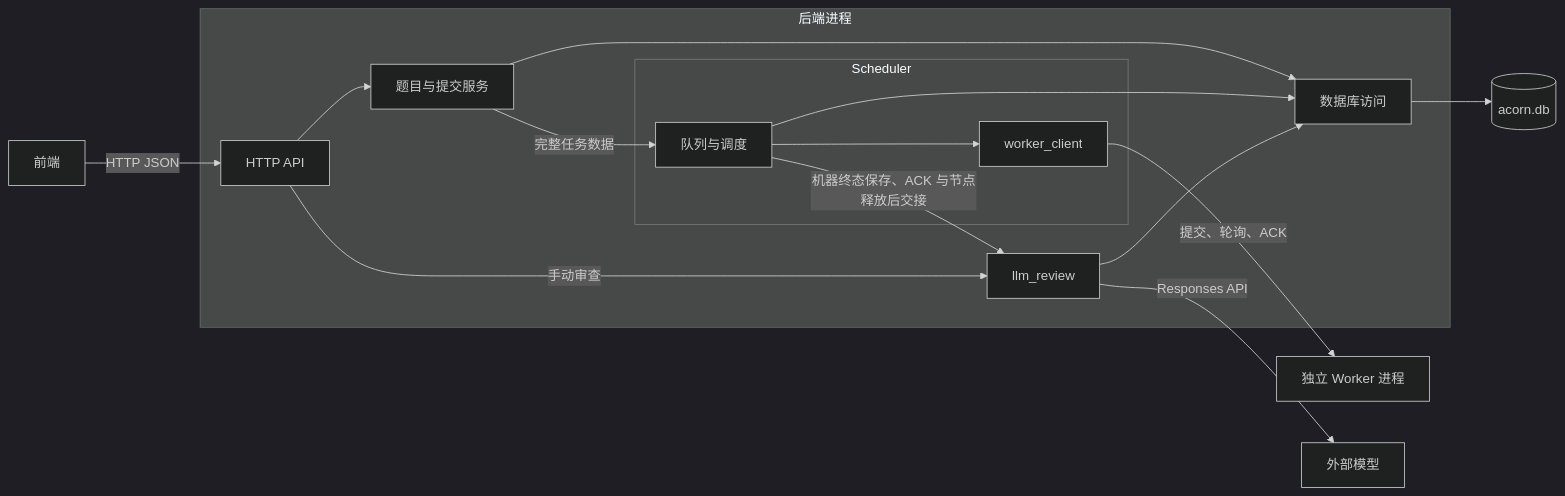
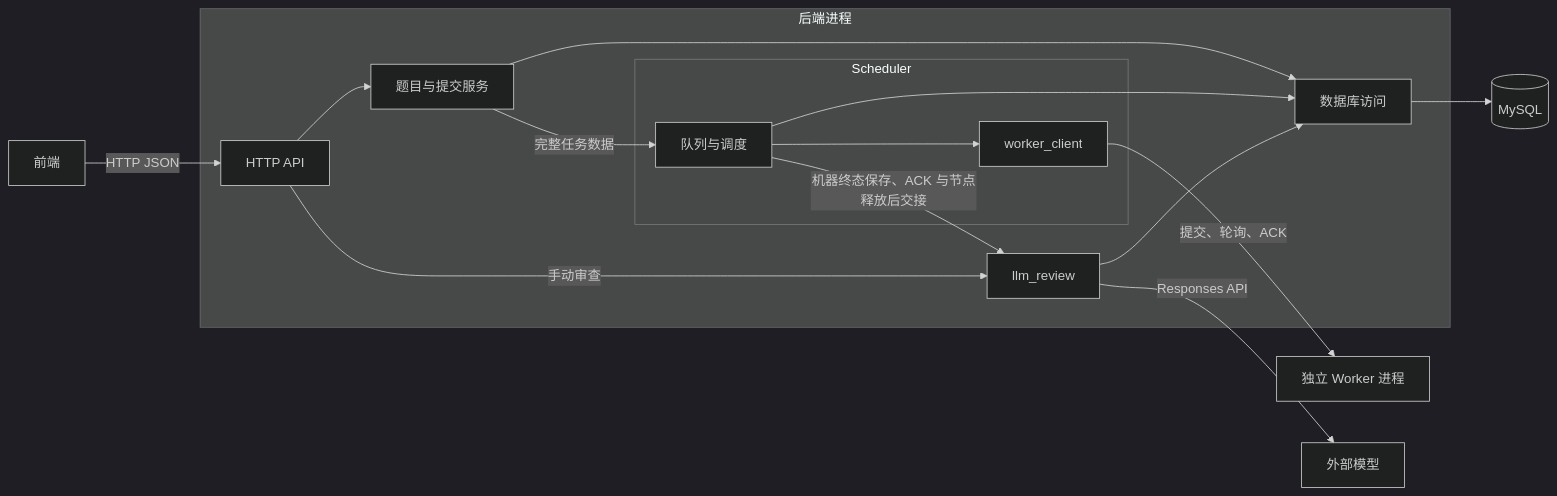
The diagram in docs/03-backend-design.md (Reto911/acorn), drawn with Mermaid (dark theme) before and after one commit. The commit also changed other lines of this file and 27 other files, not shown here.

````diff
--- a/docs/03-backend-design.md
+++ b/docs/03-backend-design.md
@@ -39,19 +41,19 @@
 ```mermaid
 flowchart LR
     Frontend[前端] -->|HTTP JSON| HTTP
     subgraph Backend[后端进程]
         HTTP[HTTP API] --> Service[题目与提交服务]
         Service -->|完整任务数据| Scheduler
         Service --> Database[数据库访问]
         Scheduler --> Database
         Scheduler -->|机器终态保存、ACK 与节点释放后交接| Review[llm_review]
         HTTP -->|手动审查| Review
         Review --> Database
         subgraph Scheduling[Scheduler]
             Scheduler[队列与调度] --> Client[worker_client]
         end
     end
-    Database --> SQLite[(acorn.db)]
+    Database --> MySQL[(MySQL)]
     Client -->|提交、轮询、ACK| Worker[独立 Worker 进程]
     Review -->|Responses API| LLM[外部模型]
 ```
````
